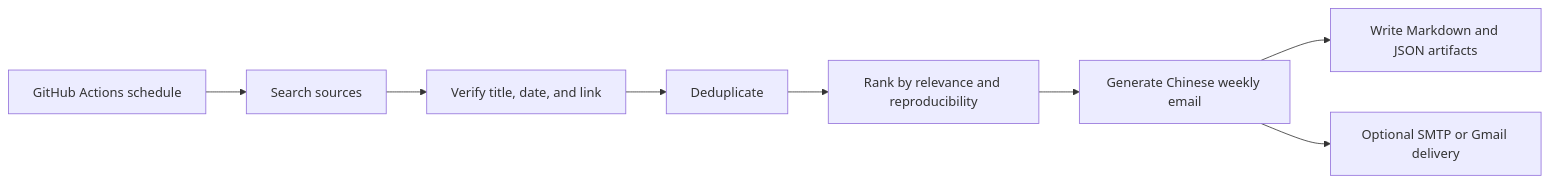
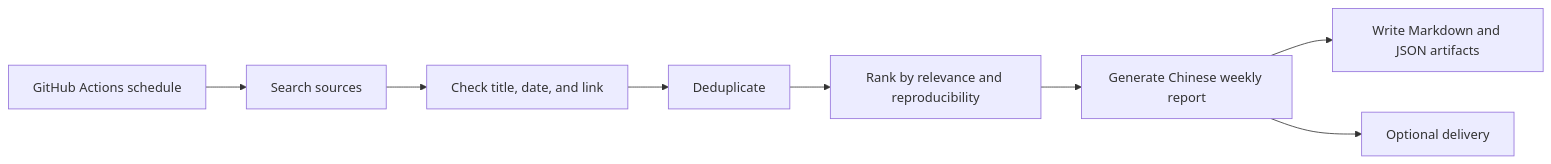
Before and after one commit to linshuijin6/research-agent-toolkit: the diagram in README.md, drawn with Mermaid. The commit also changed other lines of this file, not shown here.

````diff
--- a/README.md
+++ b/README.md
@@ -77,10 +76,10 @@
 ```mermaid
 flowchart LR
     A[GitHub Actions schedule] --> B[Search sources]
-    B --> C[Verify title, date, and link]
+    B --> C[Check title, date, and link]
     C --> D[Deduplicate]
     D --> E[Rank by relevance and reproducibility]
-    E --> F[Generate Chinese weekly email]
+    E --> F[Generate Chinese weekly report]
     F --> G[Write Markdown and JSON artifacts]
-    F --> H[Optional SMTP or Gmail delivery]
+    F --> H[Optional delivery]
 ```
````
